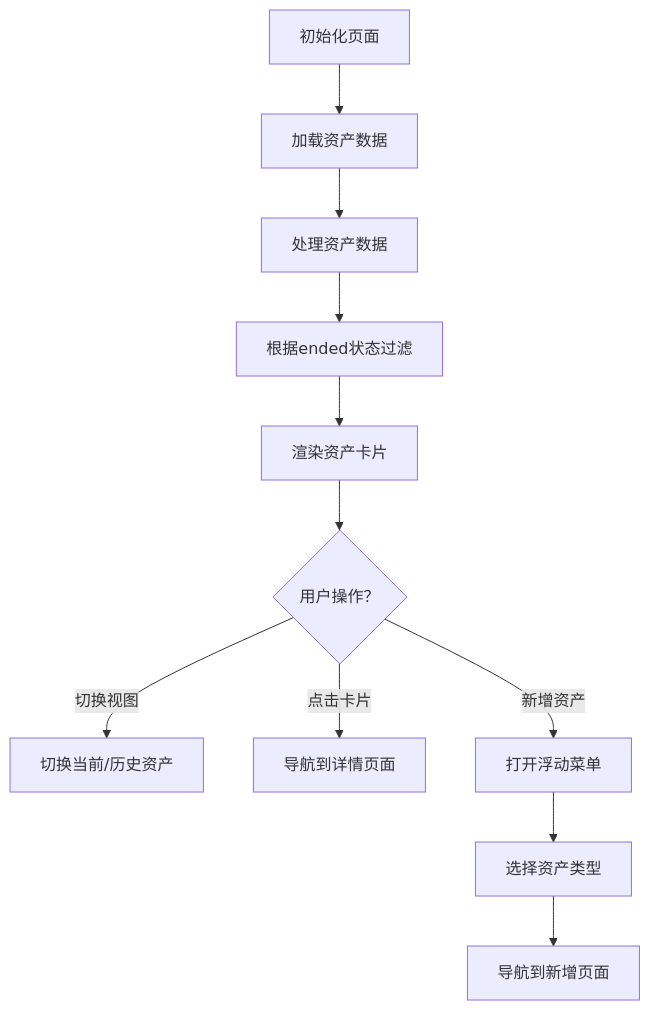
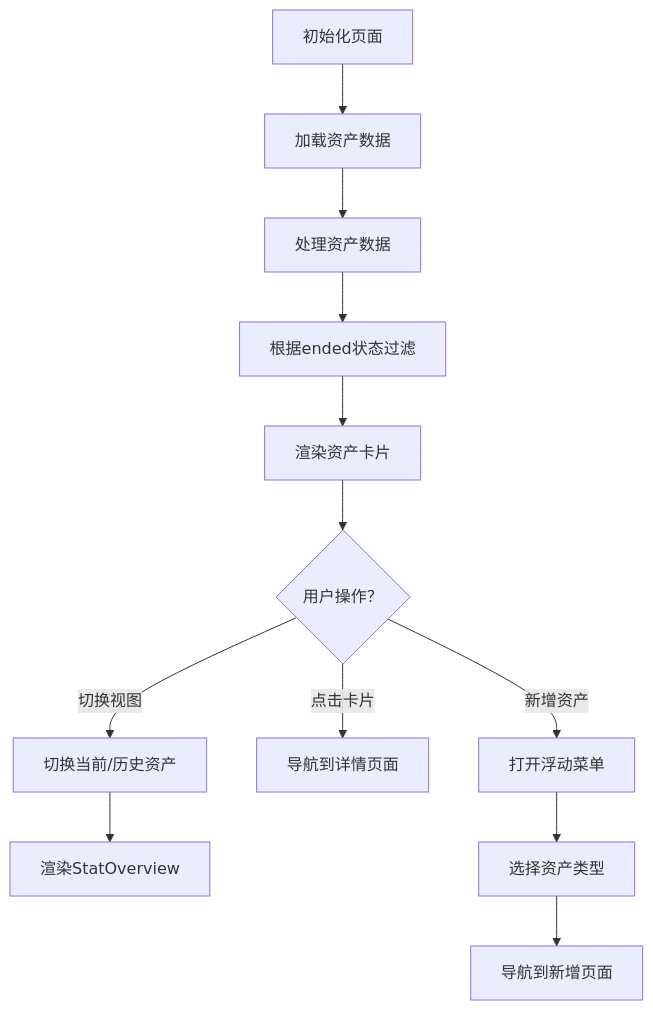
Before and after one commit to xiao-lin-unit/yuan: diagram 12 of 13 in .qoder/repowiki/zh/content/UI组件/UI组件.md, drawn with Mermaid. The commit also changed other lines of this file and 14 other files, not shown here.

````diff
--- a/.qoder/repowiki/zh/content/UI组件/UI组件.md
+++ b/.qoder/repowiki/zh/content/UI组件/UI组件.md
@@ -508,13 +568,14 @@
 ```mermaid
 flowchart TD
 Init["初始化页面"] --> LoadData["加载资产数据"]
 LoadData --> ProcessAssets["处理资产数据"]
 ProcessAssets --> FilterAssets["根据ended状态过滤"]
 FilterAssets --> RenderCards["渲染资产卡片"]
 RenderCards --> UserAction{"用户操作？"}
 UserAction --> |切换视图| ToggleView["切换当前/历史资产"]
+ToggleView --> RenderStat["渲染StatOverview"]
 UserAction --> |点击卡片| NavigateDetail["导航到详情页面"]
 UserAction --> |新增资产| OpenMenu["打开浮动菜单"]
 OpenMenu --> ChooseType["选择资产类型"]
 ChooseType --> NavigateAdd["导航到新增页面"]
 ```
````
